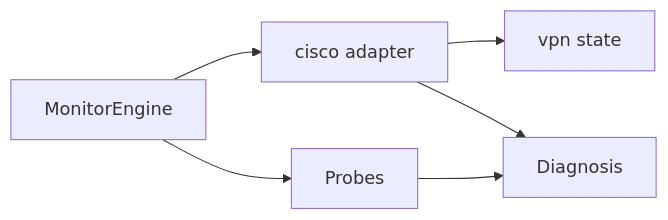
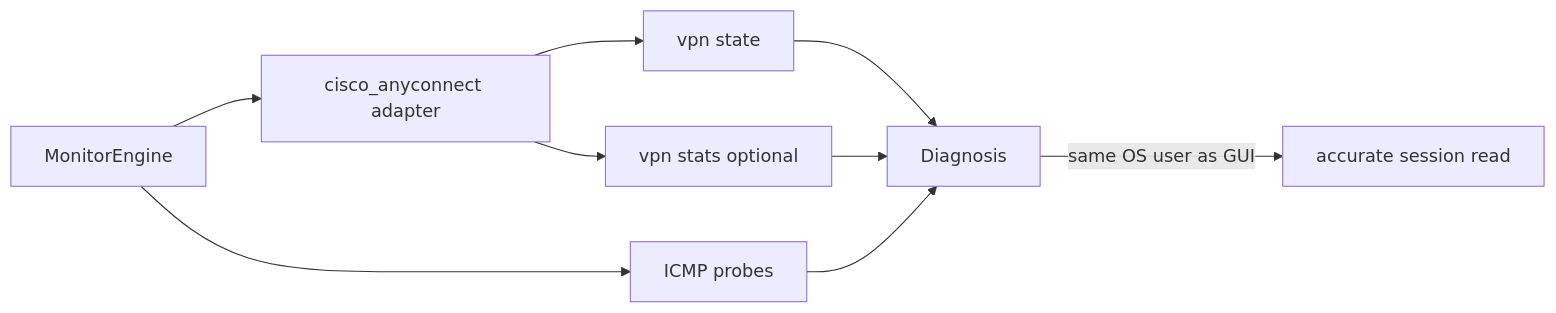
The fourth of 4 diagrams in docs/vpn-solutions/cisco-anyconnect.md (roto31/Tunnel-Monitor---Universal), drawn with Mermaid before and after one commit. The commit also changed other lines of this file and 25 other files, not shown here.

First line of the commit message:
Docs: add vendor citations, topology SVGs, and updated Mermaid.

````diff
--- a/docs/vpn-solutions/cisco-anyconnect.md
+++ b/docs/vpn-solutions/cisco-anyconnect.md
@@ -54,8 +61,11 @@
 ```mermaid
 flowchart LR
-    E[MonitorEngine] --> A[cisco adapter]
-    A --> CLI[vpn state]
-    E --> P[Probes]
-    A --> D[Diagnosis]
+    E[MonitorEngine] --> A[cisco_anyconnect adapter]
+    A --> STATE[vpn state]
+    A --> STATS[vpn stats optional]
+    E --> P[ICMP probes]
+    STATE --> D[Diagnosis]
+    STATS --> D
     P --> D
+    D -->|same OS user as GUI| OK[accurate session read]
 ```
````
